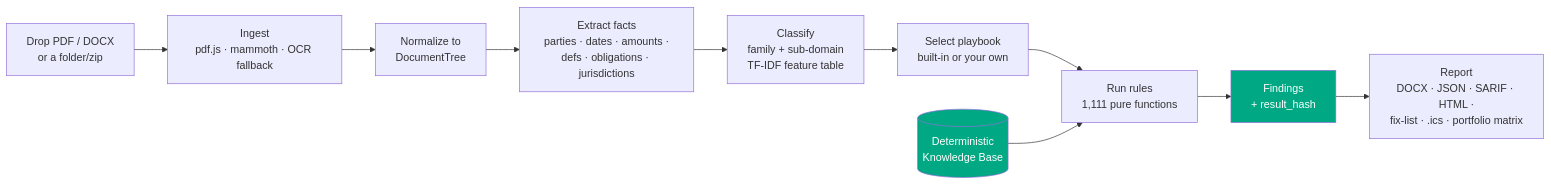
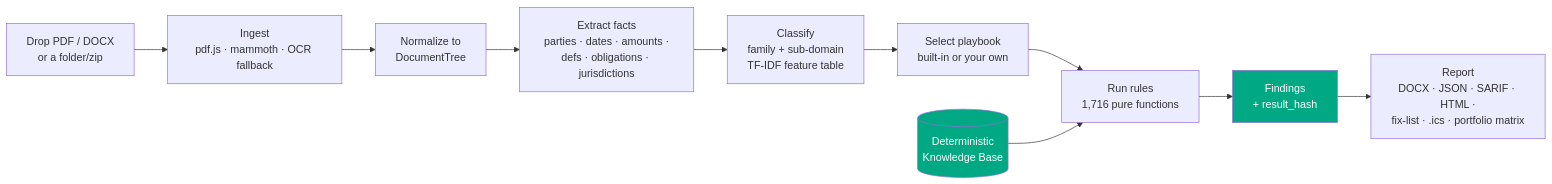
Before and after one commit to clay-good/vaulytica: the first of 11 diagrams in README.md, drawn with Mermaid. The commit also changed other lines of this file and 143 other files, not shown here.

````diff
--- a/README.md
+++ b/README.md
@@ -27,14 +27,14 @@
 ```mermaid
 flowchart LR
   A[Drop PDF / DOCX<br/>or a folder/zip] --> B[Ingest<br/>pdf.js · mammoth · OCR fallback]
   B --> C[Normalize to<br/>DocumentTree]
   C --> D[Extract facts<br/>parties · dates · amounts ·<br/>defs · obligations · jurisdictions]
   D --> E[Classify<br/>family + sub-domain<br/>TF-IDF feature table]
   E --> F[Select playbook<br/>built-in or your own]
-  F --> G[Run rules<br/>1,111 pure functions]
+  F --> G[Run rules<br/>1,716 pure functions]
   G --> H[Findings<br/>+ result_hash]
   H --> I[Report<br/>DOCX · JSON · SARIF · HTML ·<br/>fix-list · .ics · portfolio matrix]
   K[(Deterministic<br/>Knowledge Base)] --> G
   style K fill:#00A883,color:#fff
   style H fill:#00A883,color:#fff
 ```
````
